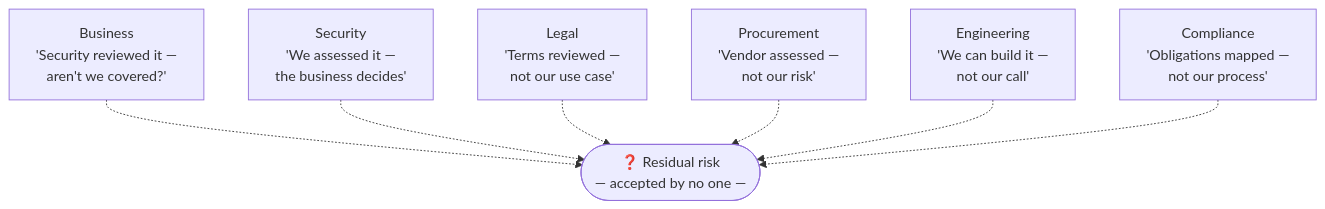
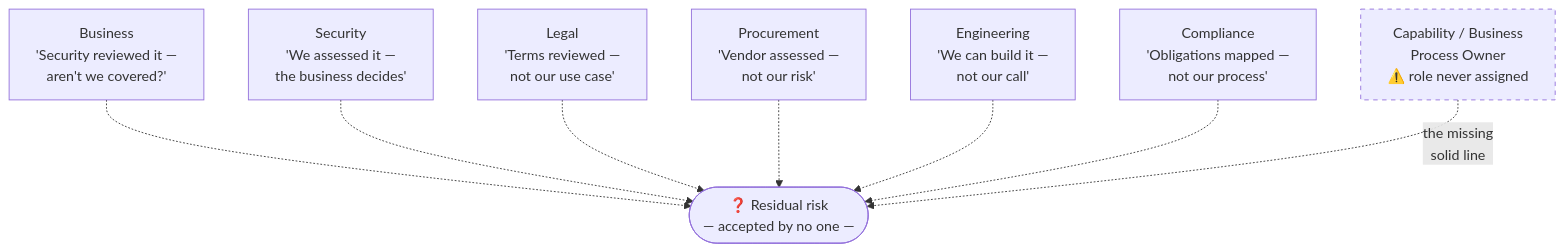
The diagram in _posts/2026-09-02-hardest-part-of-ai-governance-risk-ownership.md (subodhpatil/suubodhpatil.github.io), drawn with Mermaid before and after one commit. The commit also changed other lines of this file, not shown here.

````diff
--- a/_posts/2026-09-02-hardest-part-of-ai-governance-risk-ownership.md
+++ b/_posts/2026-09-02-hardest-part-of-ai-governance-risk-ownership.md
@@ -108,30 +110,37 @@
 ```mermaid
 flowchart TD
     BIZ["Business
     'Security reviewed it —
     aren't we covered?'"]
     SEC["Security
     'We assessed it —
     the business decides'"]
     LEGAL["Legal
     'Terms reviewed —
     not our use case'"]
     PROC["Procurement
     'Vendor assessed —
     not our risk'"]
     ENG["Engineering
     'We can build it —
     not our call'"]
     COMP["Compliance
     'Obligations mapped —
     not our process'"]
     GAP(["❓ Residual risk
     — accepted by no one —"])
+    OWNER["Capability / Business
+    Process Owner
+    ⚠️ role never assigned"]
 
     BIZ -.-> GAP
     SEC -.-> GAP
     LEGAL -.-> GAP
     PROC -.-> GAP
     ENG -.-> GAP
     COMP -.-> GAP
+    OWNER -. "the missing
+    solid line" .-> GAP
+
+    style OWNER stroke-dasharray: 5 5
 ```
````
